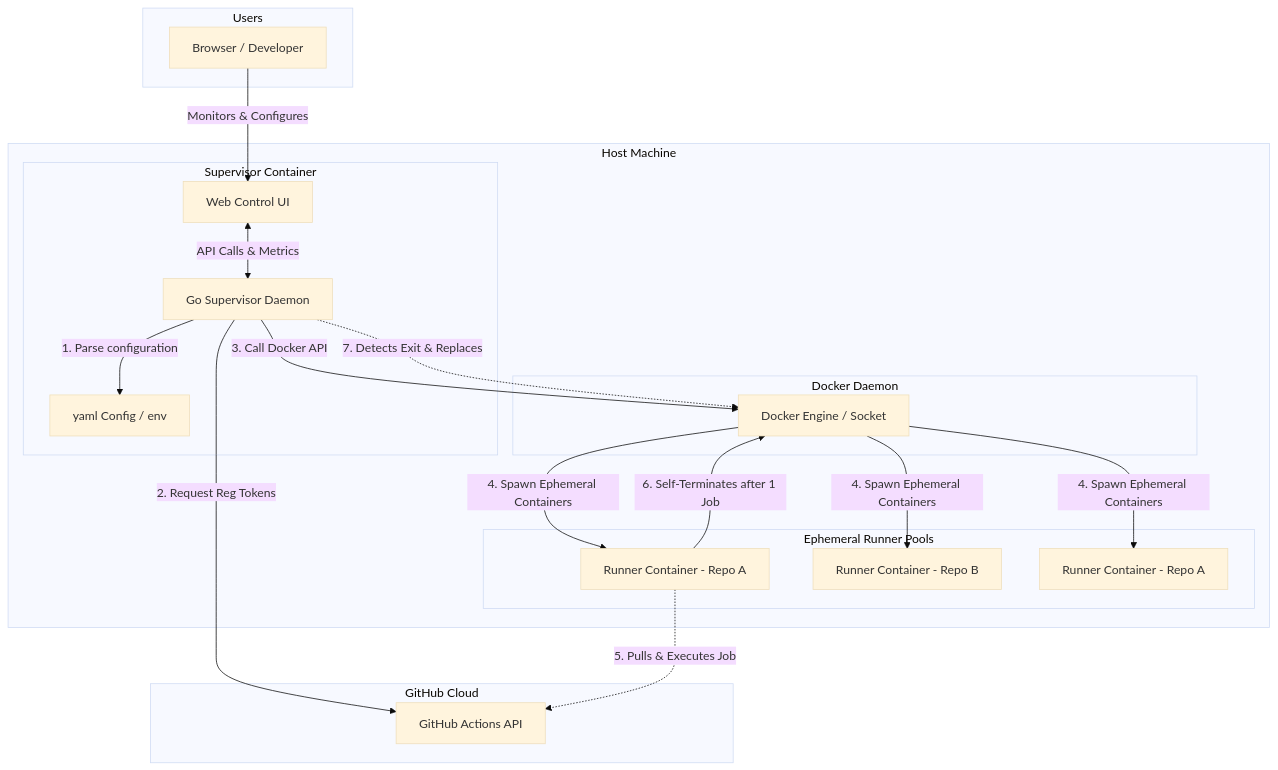
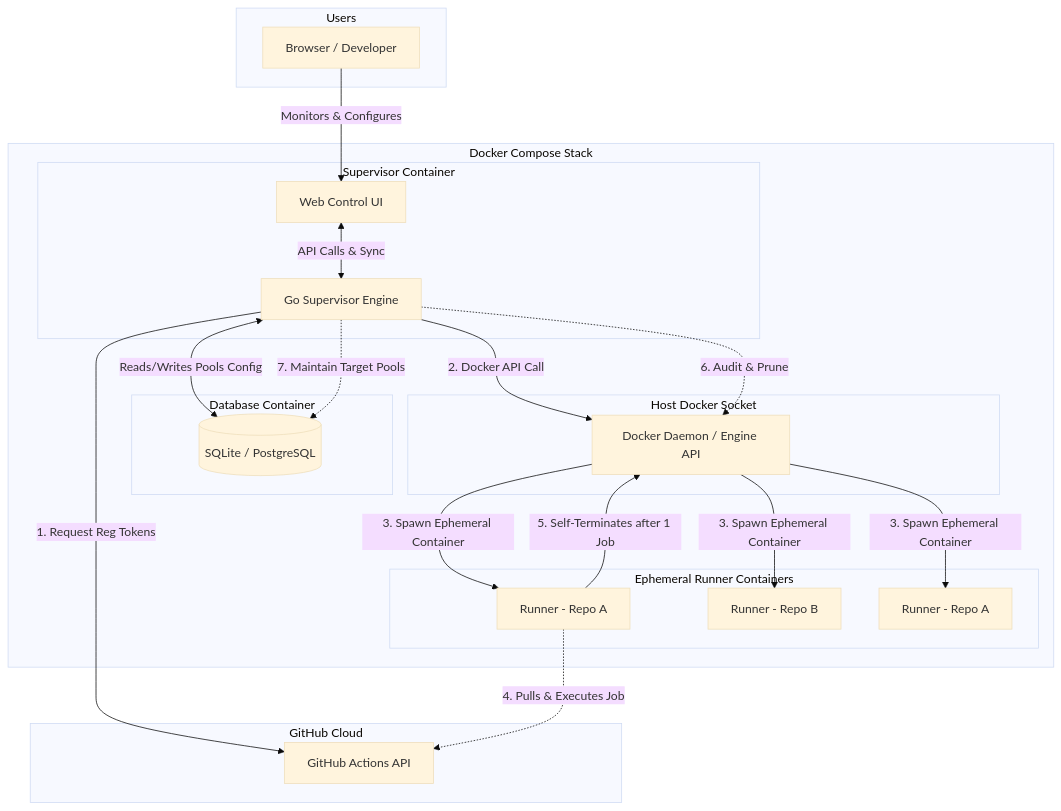
Before and after one commit to noosxe/gh-runner: the diagram in docs/requirements.md, drawn with Mermaid (base theme). The commit also changed other lines of this file, not shown here.

Commit message:
docs: define backend engine orchestrator deployment and provider interfaces

````diff
--- a/docs/requirements.md
+++ b/docs/requirements.md
@@ -30,41 +34,45 @@
 ```mermaid
 graph TD
     subgraph Users
         User[Browser / Developer]
     end
 
     subgraph GitHub Cloud
         GH[GitHub Actions API]
     end
 
-    subgraph Host Machine
+    subgraph Host Machine [Docker Compose Stack]
         subgraph Supervisor Container
-            SD[Go Supervisor Daemon]
+            SD[Go Supervisor Engine]
             WebUI[Web Control UI]
-            Config[yaml Config / env]
         end
 
-        subgraph Docker Daemon
-            Engine[Docker Engine / Socket]
+        subgraph Database Container
+            DB[(SQLite / PostgreSQL)]
         end
 
-        subgraph Ephemeral Runner Pools
-            R1[Runner Container - Repo A]
-            R2[Runner Container - Repo B]
-            R3[Runner Container - Repo A]
+        subgraph Host Docker Socket
+            Engine[Docker Daemon / Engine API]
+        end
+
+        subgraph Ephemeral Runner Containers
+            R1[Runner - Repo A]
+            R2[Runner - Repo B]
+            R3[Runner - Repo A]
         end
     end
 
     %% Communication Pathways
     User -->|Monitors & Configures| WebUI
-    WebUI <-->|API Calls & Metrics| SD
-    SD -->|1. Parse configuration| Config
-    SD -->|2. Request Reg Tokens| GH
-    SD -->|3. Call Docker API| Engine
-    Engine -->|4. Spawn Ephemeral Containers| R1
-    Engine -->|4. Spawn Ephemeral Containers| R2
-    Engine -->|4. Spawn Ephemeral Containers| R3
-    R1 -.->|5. Pulls & Executes Job| GH
-    R1 -->|6. Self-Terminates after 1 Job| Engine
-    SD -.->|7. Detects Exit & Replaces| Engine
+    WebUI <-->|API Calls & Sync| SD
+    SD <-->|Reads/Writes Pools Config| DB
+    SD -->|1. Request Reg Tokens| GH
+    SD -->|2. Docker API Call| Engine
+    Engine -->|3. Spawn Ephemeral Container| R1
+    Engine -->|3. Spawn Ephemeral Container| R2
+    Engine -->|3. Spawn Ephemeral Container| R3
+    R1 -.->|4. Pulls & Executes Job| GH
+    R1 -->|5. Self-Terminates after 1 Job| Engine
+    SD -.->|6. Audit & Prune| Engine
+    SD -.->|7. Maintain Target Pools| DB
 ```
````
